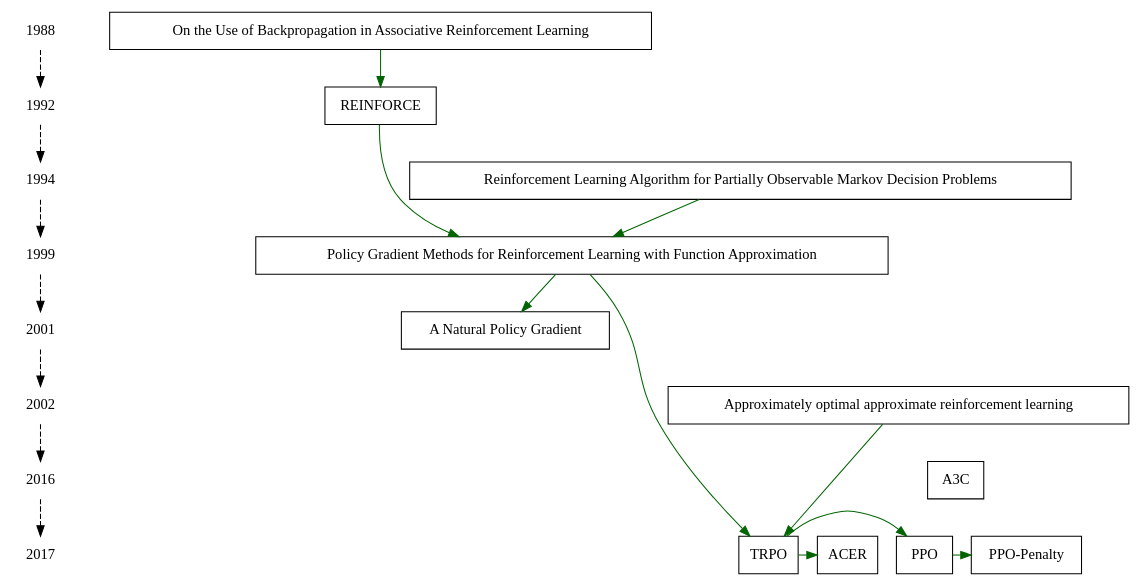
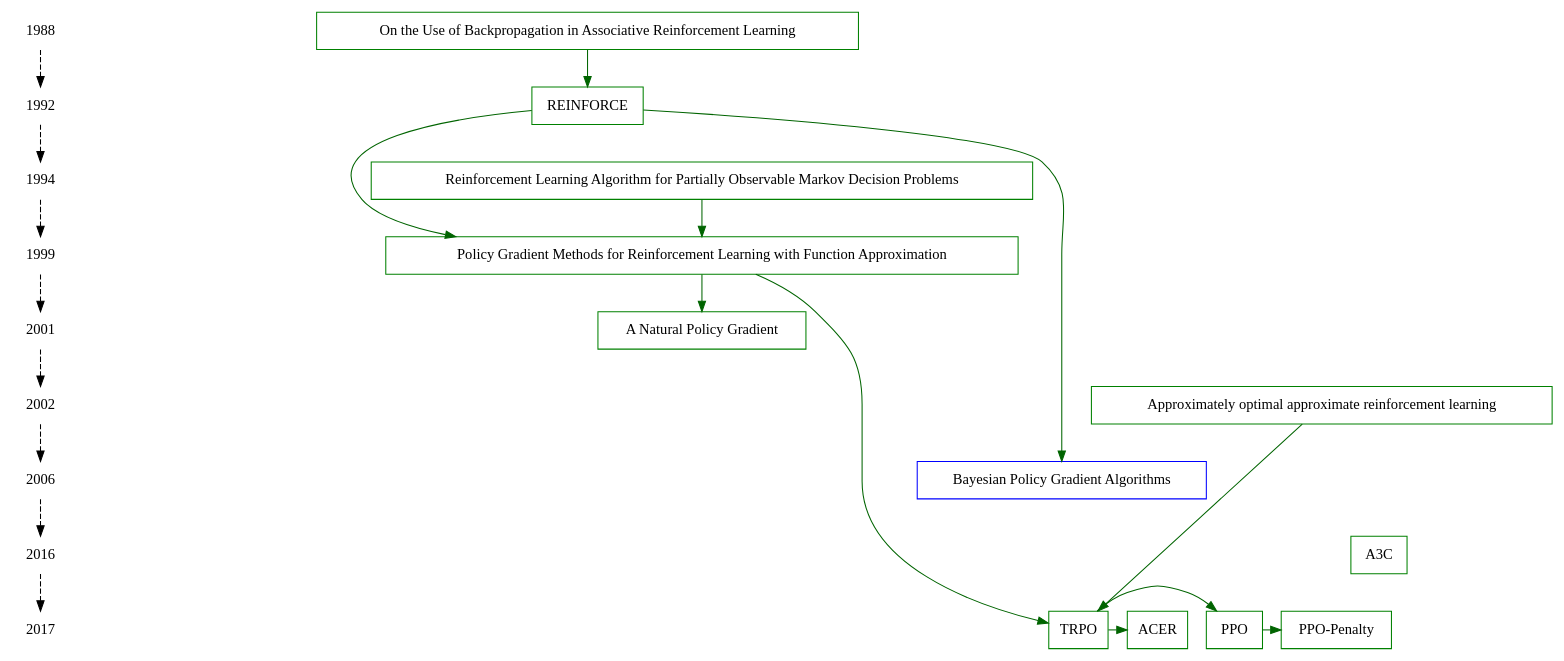
Before and after one commit to Tony-Tan/Reading-Progress: the diagram in policy_gradient_graph.dot, drawn with Graphviz. The commit also changed 2 other files, not shown here.

```diff
--- a/policy_gradient_graph.dot
+++ b/policy_gradient_graph.dot
@@ -1,54 +1,72 @@
-digraph ML_Math{     
+digraph PG{     
 	{
 		node[shape=plaintext]
 		edge[style=dashed]
-		"1988"->"1992"->"1994"->"1999"->"2001"->"2002"->"2016"->"2017";
+		"1988"->"1992"->"1994"->"1999"->"2001"->"2002"->"2006"->"2016"->"2017";
 	}
 	//设置分辨率
 	{
-		node[shape=box]
+		node[shape=box,color=green]
 		//1988
 		a1988[label="On the Use of Backpropagation in Associative Reinforcement Learning"]
 		//1992
 		a1992[label="REINFORCE"]
 		
 		//1994
 		a1994[label="Reinforcement Learning Algorithm for Partially Observable Markov Decision Problems"]
 		//1999
 		a1999[label="Policy Gradient Methods for Reinforcement Learning with Function Approximation"]
 		//2001
 		a2001[label="A Natural Policy Gradient"]
 		//2002
 		a2002[label="Approximately optimal approximate reinforcement learning"]
 		//2016
 		a2016[label="A3C"]
 		//2017
 		c2017[label="TRPO"]
 		d2017[label="PPO-Penalty"]
 		a2017[label="PPO"]
 		b2017[label="ACER"]
+		
+	}
+	{
+		node[shape=box,color=blue]
+		//2006
+		bayesian_a_2006[label="Bayesian Policy Gradient Algorithms"]
 	}
 	{
 		edge[color=darkgreen]
+		// frequency
 		c2017->a2017
 		a1999->c2017;
 		a2017->d2017;
 		a1999->a2001;
 		a1992->a1999;
 		a1994->a1999;
 		c2017->b2017;
 		a2002->c2017;
-		a1988->a1992
+		a1988->a1992;
+
+		// bayesian 
+		a1992->bayesian_a_2006;
 	}
 	{
 		{rank=same;"1988";a1988;}
 		{rank=same;"1992";a1992;}
 		{rank=same;"1994";a1994;}
 		{rank=same;"1999";a1999;}
 		{rank=same;"2001";a2001;}
 		{rank=same;"2002";a2002;}
+		{rank=same;"2006";bayesian_a_2006;}
 		{rank=same;"2016";a2016;}
 		{rank=same;"2017";a2017;b2017;c2017;d2017}
 	}
+	/*
+	subgraph cluster_sub_space{
+		bgcolor="mintcream";
+		label="Matrix Subspace"
+		color=green;
+		a1992;a1994;a1999;a2001;a2002;a2016;a2017;b2017;c2017;d2017
+	}*/
 	
 }
```
